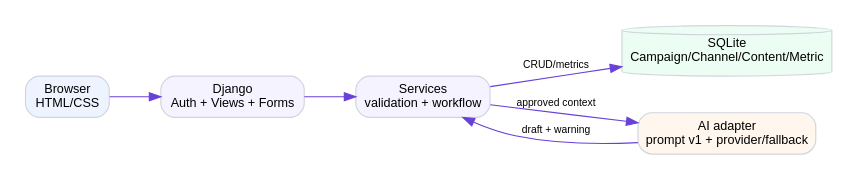
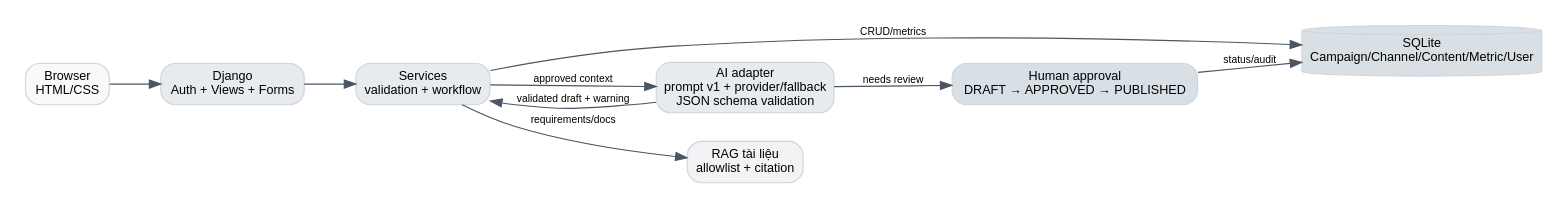
One commit to hieu-kiien/he-thong-quan-ly-chien-dich-marketing-co-tich-hop-ai changed the diagram in docs/diagrams/architecture.dot. Above: the diagram before and after it, drawn with Graphviz. The commit also changed 100 other files, not shown here.

```diff
--- a/docs/diagrams/architecture.dot
+++ b/docs/diagrams/architecture.dot
@@ -1,14 +1,19 @@
 digraph architecture {
   graph [rankdir=LR, bgcolor="white", pad=0.2, nodesep=0.35, ranksep=0.6];
   node [shape=box, style="rounded,filled", fontname="Arial", fontsize=11, color="#d0d5dd", fillcolor="#f8f9fc"];
-  edge [fontname="Arial", fontsize=9, color="#6841d8"];
-  Browser [label="Browser\nHTML/CSS", fillcolor="#eef4ff"];
-  Django [label="Django\nAuth + Views + Forms", fillcolor="#f4f3ff"];
-  Services [label="Services\nvalidation + workflow", fillcolor="#f4f3ff"];
-  DB [label="SQLite\nCampaign/Channel/Content/Metric", shape=cylinder, fillcolor="#ecfdf3"];
-  AI [label="AI adapter\nprompt v1 + provider/fallback", fillcolor="#fff7ed"];
+  edge [fontname="Arial", fontsize=9, color="#4b5563"];
+  Browser [label="Browser\nHTML/CSS", fillcolor="#f8f9fa"];
+  Django [label="Django\nAuth + Views + Forms", fillcolor="#e7ebee"];
+  Services [label="Services\nvalidation + workflow", fillcolor="#e7ebee"];
+  DB [label="SQLite\nCampaign/Channel/Content/Metric/User", shape=cylinder, fillcolor="#d9e0e5"];
+  AI [label="AI adapter\nprompt v1 + provider/fallback\nJSON schema validation", fillcolor="#e7ebee"];
+  RAG [label="RAG tài liệu\nallowlist + citation", fillcolor="#f1f3f5"];
+  Approval [label="Human approval\nDRAFT → APPROVED → PUBLISHED", fillcolor="#d9e0e5"];
   Browser -> Django -> Services;
   Services -> DB [label="CRUD/metrics"];
   Services -> AI [label="approved context"];
-  AI -> Services [label="draft + warning"];
+  Services -> RAG [label="requirements/docs"];
+  AI -> Services [label="validated draft + warning"];
+  AI -> Approval [label="needs review"];
+  Approval -> DB [label="status/audit"];
 }
```
